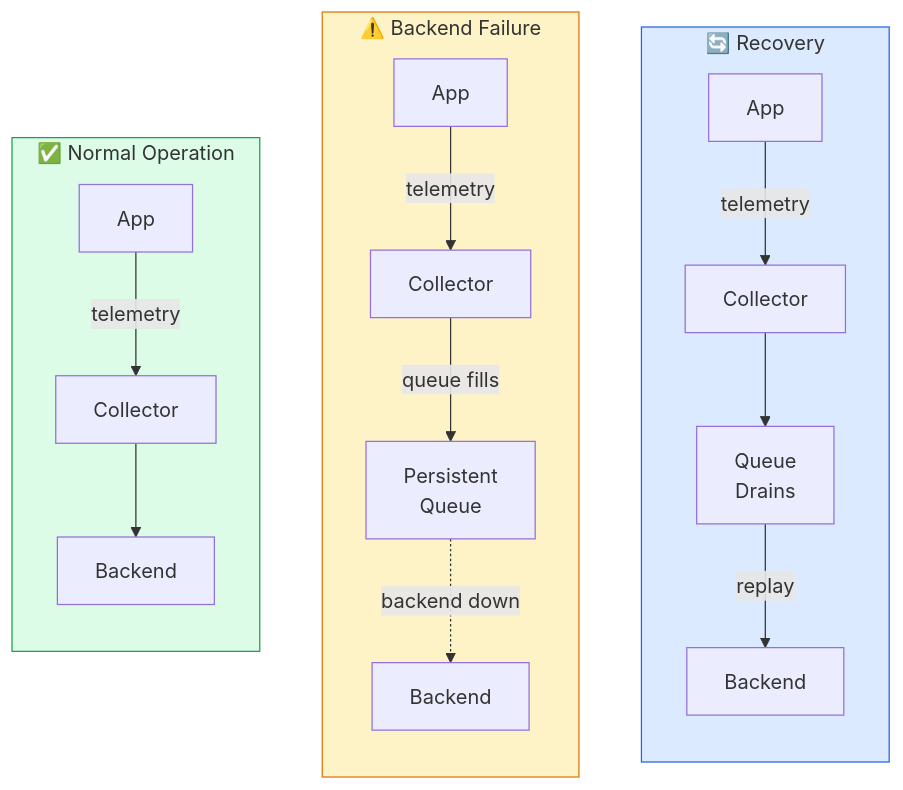
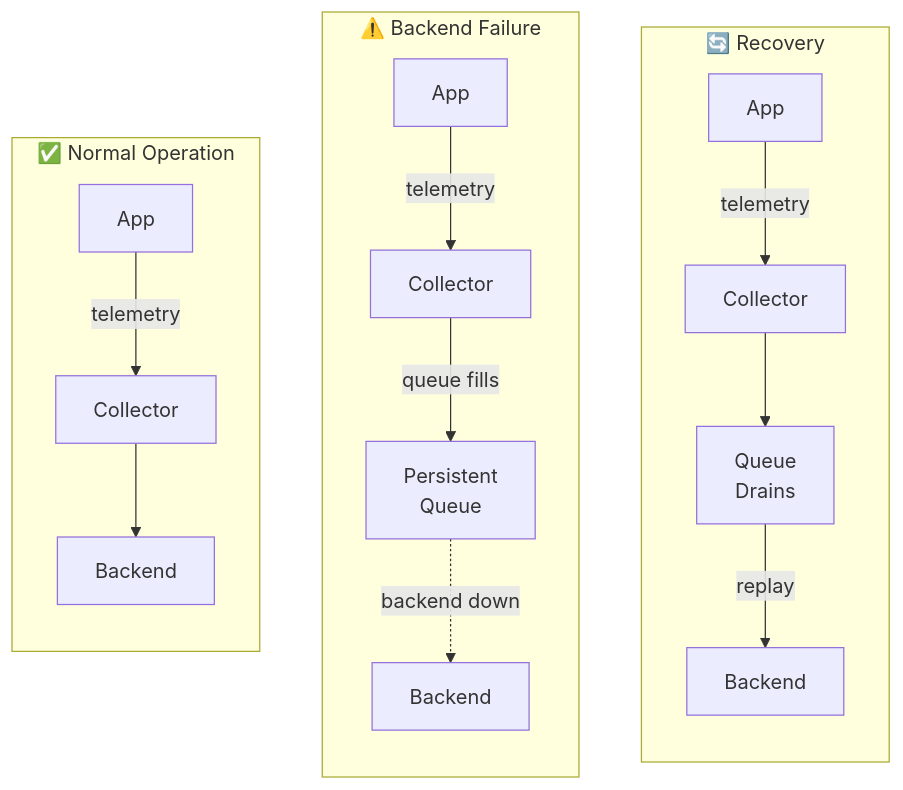
The fourth of 5 diagrams in docs/observability/single-node-setup.md (shivam-g-mishra/blog), drawn with Mermaid before and after one commit. The commit also changed other lines of this file and 23 other files, not shown here.

First line of the commit message:
fix: improve Mermaid diagram visibility in dark mode

````diff
--- a/docs/observability/single-node-setup.md
+++ b/docs/observability/single-node-setup.md
@@ -497,25 +484,21 @@
 ```mermaid
 flowchart LR
     subgraph normal["✅ Normal Operation"]
         app1[App] -->|telemetry| coll1[Collector]
         coll1 --> be1[Backend]
     end
     
     subgraph failure["⚠️ Backend Failure"]
         app2[App] -->|telemetry| coll2[Collector]
         coll2 -->|queue fills| pq[Persistent<br/>Queue]
         pq -.->|"backend down"| be2[Backend]
     end
     
     subgraph recovery["🔄 Recovery"]
         app3[App] -->|telemetry| coll3[Collector]
         coll3 --> pq2[Queue<br/>Drains]
         pq2 -->|replay| be3[Backend]
     end
     
     normal ~~~ failure ~~~ recovery
-    
-    style normal fill:#dcfce7,stroke:#16a34a
-    style failure fill:#fef3c7,stroke:#d97706
-    style recovery fill:#dbeafe,stroke:#2563eb
 ```
````
